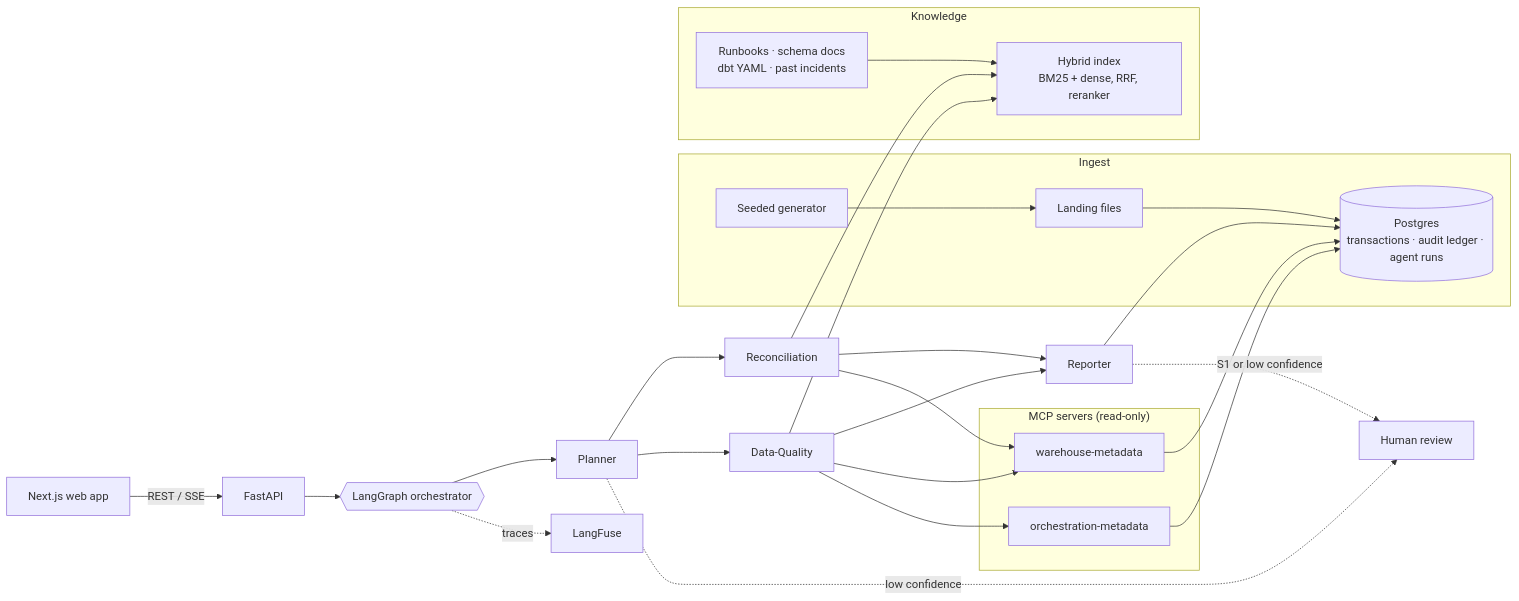
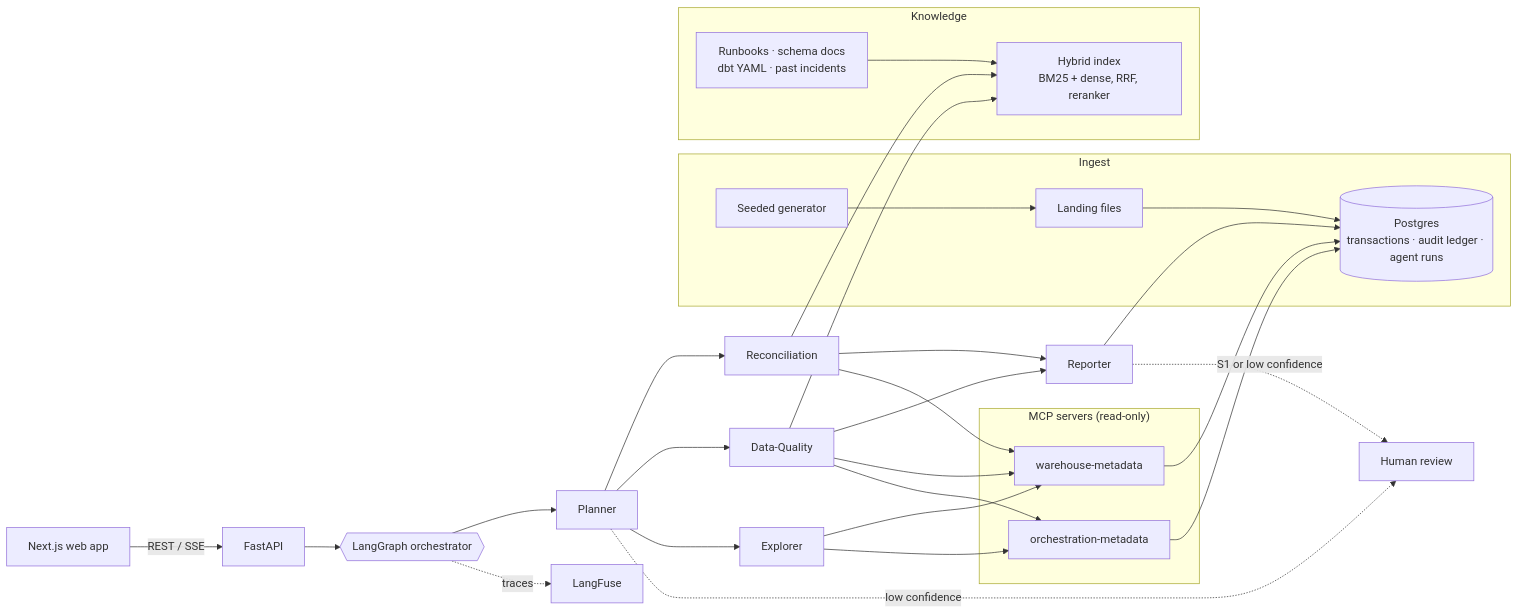
Before and after one commit to rahulramachandran-labs/reconmind: the diagram in docs/ARCHITECTURE.md, drawn with Mermaid. The commit also changed other lines of this file and 10 other files, not shown here.

````diff
--- a/docs/ARCHITECTURE.md
+++ b/docs/ARCHITECTURE.md
@@ -7,29 +7,32 @@
 ```mermaid
 flowchart LR
     subgraph Ingest
         GEN[Seeded generator] --> LAND[Landing files] --> PG[(Postgres<br/>transactions · audit ledger · agent runs)]
     end
     subgraph Knowledge
         DOCS[Runbooks · schema docs<br/>dbt YAML · past incidents] --> IDX[Hybrid index<br/>BM25 + dense, RRF, reranker]
     end
     subgraph Tools["MCP servers (read-only)"]
         WH[warehouse-metadata]
         OR[orchestration-metadata]
     end
     UI[Next.js web app] -- REST / SSE --> API[FastAPI]
     API --> G{{LangGraph orchestrator}}
     G --> P[Planner]
     P --> R[Reconciliation]
     P --> Q[Data-Quality]
+    P --> X[Explorer]
+    X --> WH
+    X --> OR
     P -. low confidence .-> H[Human review]
     R --> REP[Reporter]
     Q --> REP
     REP -. S1 or low confidence .-> H
     R --> WH
     Q --> WH
     Q --> OR
     R & Q --> IDX
     WH & OR --> PG
     REP --> PG
     G -. traces .-> LF[LangFuse]
 ```
````
